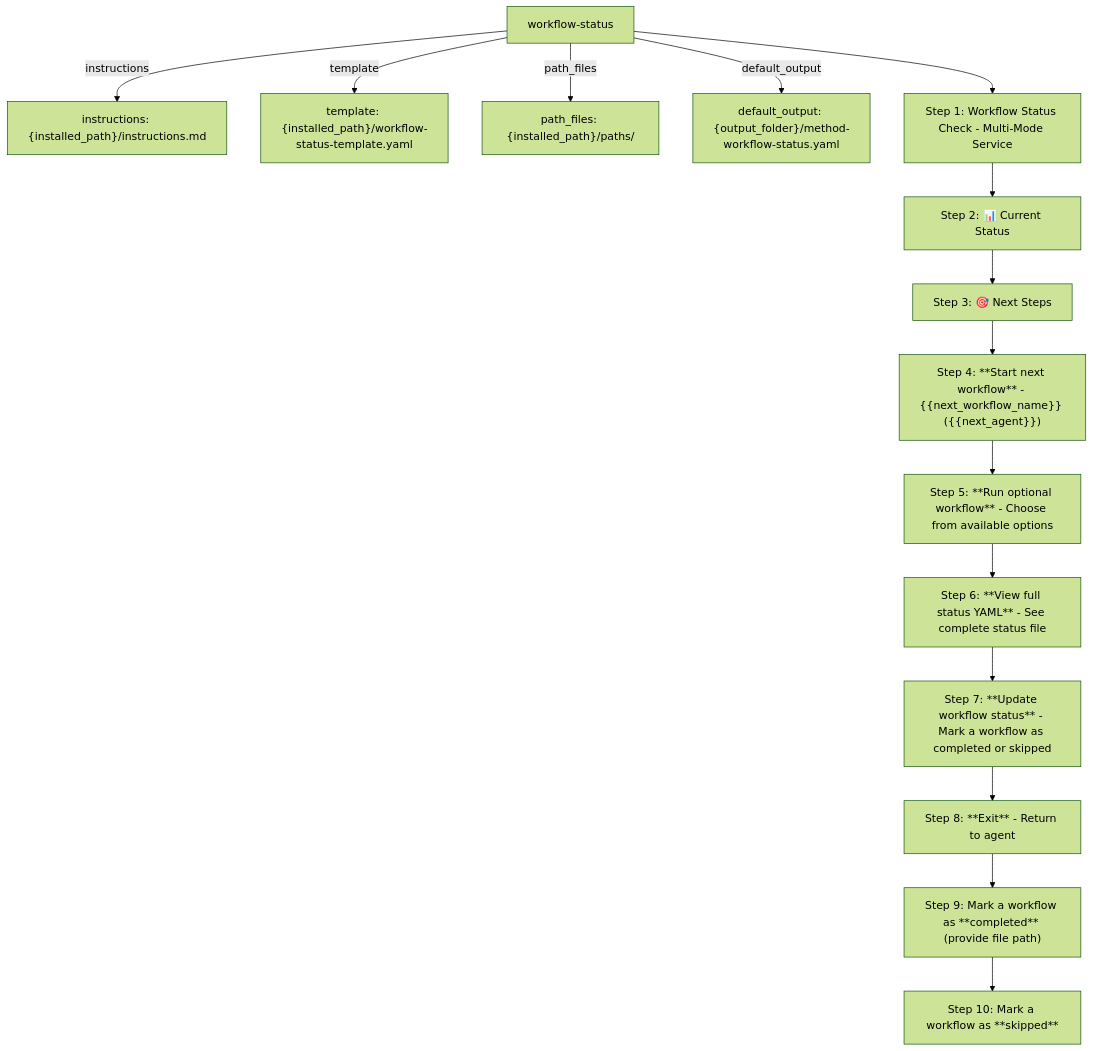
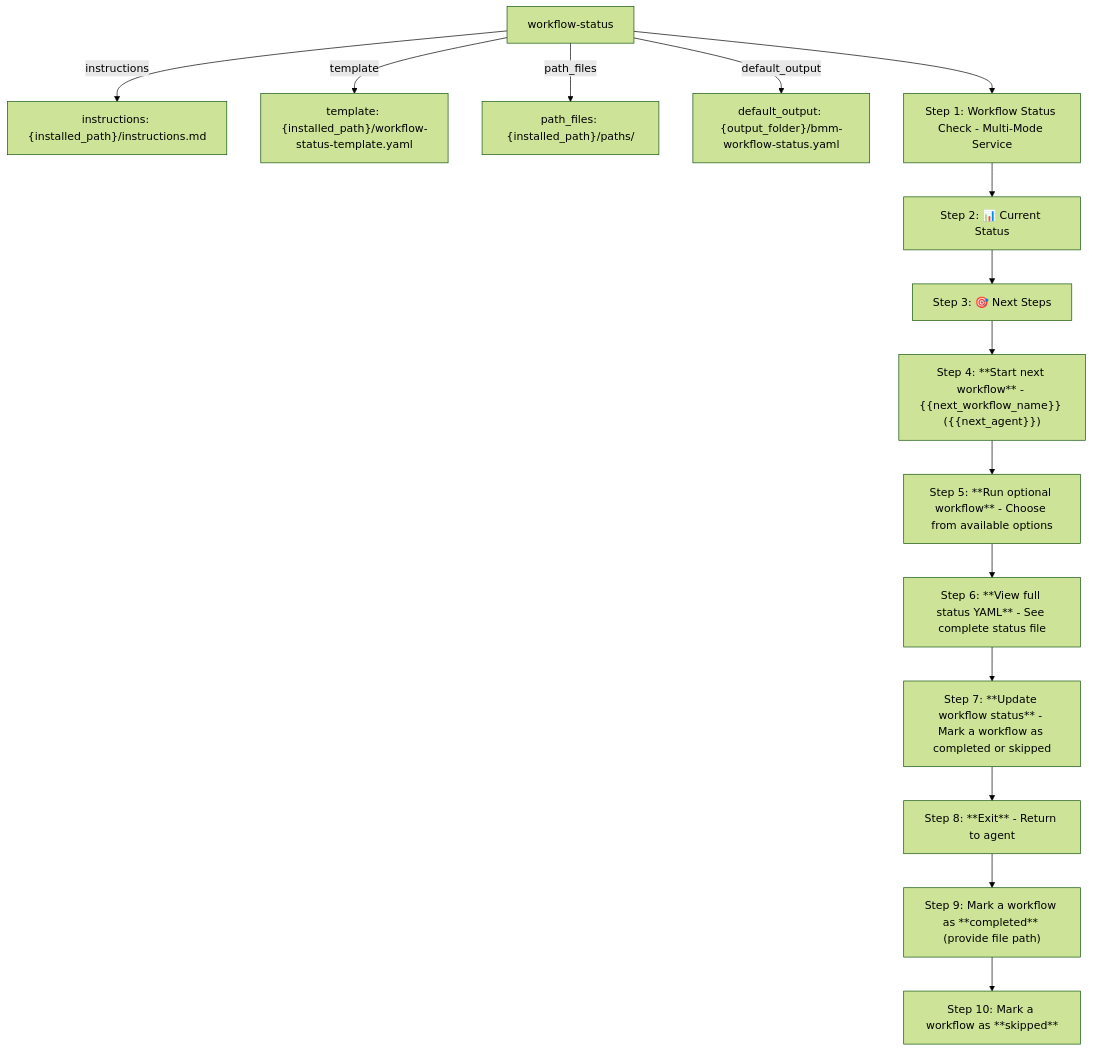
One commit to bogdaniel/aegis-codex changed the diagram in docs/workflow-diagrams/workflows/workflow.md. Above: the diagram before and after it, drawn with Mermaid (forest theme). The commit also changed 621 other files, not shown here.

````diff
--- a/docs/workflow-diagrams/workflows/workflow.md
+++ b/docs/workflow-diagrams/workflows/workflow.md
@@ -3,32 +3,32 @@
 ```mermaid
 flowchart TD
   workflow_status["workflow-status"]
   instructions__installed_path__instructions_md["instructions: {installed_path}/instructions.md"]
   template__installed_path__workflow_status_templa["template: {installed_path}/workflow-status-template.yaml"]
   path_files__installed_path__paths_["path_files: {installed_path}/paths/"]
-  default_output__output_folder__method_workflow_s["default_output: {output_folder}/method-workflow-status.yaml"]
+  default_output__output_folder__bmm_workflow_stat["default_output: {output_folder}/bmm-workflow-status.yaml"]
   step_1_instructions_md["Step 1: Workflow Status Check - Multi-Mode Service"]
   step_2_instructions_md["Step 2: 📊 Current Status"]
   step_3_instructions_md["Step 3: 🎯 Next Steps"]
   step_4_instructions_md["Step 4: **Start next workflow** - {{next_workflow_name}} ({{next_agent}})"]
   step_5_instructions_md["Step 5: **Run optional workflow** - Choose from available options"]
   step_6_instructions_md["Step 6: **View full status YAML** - See complete status file"]
   step_7_instructions_md["Step 7: **Update workflow status** - Mark a workflow as completed or skipped"]
   step_8_instructions_md["Step 8: **Exit** - Return to agent"]
   step_9_instructions_md["Step 9: Mark a workflow as **completed** (provide file path)"]
   step_10_instructions_md["Step 10: Mark a workflow as **skipped**"]
   workflow_status -->|instructions| instructions__installed_path__instructions_md
   workflow_status -->|template| template__installed_path__workflow_status_templa
   workflow_status -->|path_files| path_files__installed_path__paths_
-  workflow_status -->|default_output| default_output__output_folder__method_workflow_s
+  workflow_status -->|default_output| default_output__output_folder__bmm_workflow_stat
   workflow_status --> step_1_instructions_md
   step_1_instructions_md --> step_2_instructions_md
   step_2_instructions_md --> step_3_instructions_md
   step_3_instructions_md --> step_4_instructions_md
   step_4_instructions_md --> step_5_instructions_md
   step_5_instructions_md --> step_6_instructions_md
   step_6_instructions_md --> step_7_instructions_md
   step_7_instructions_md --> step_8_instructions_md
   step_8_instructions_md --> step_9_instructions_md
   step_9_instructions_md --> step_10_instructions_md
 ```
````
